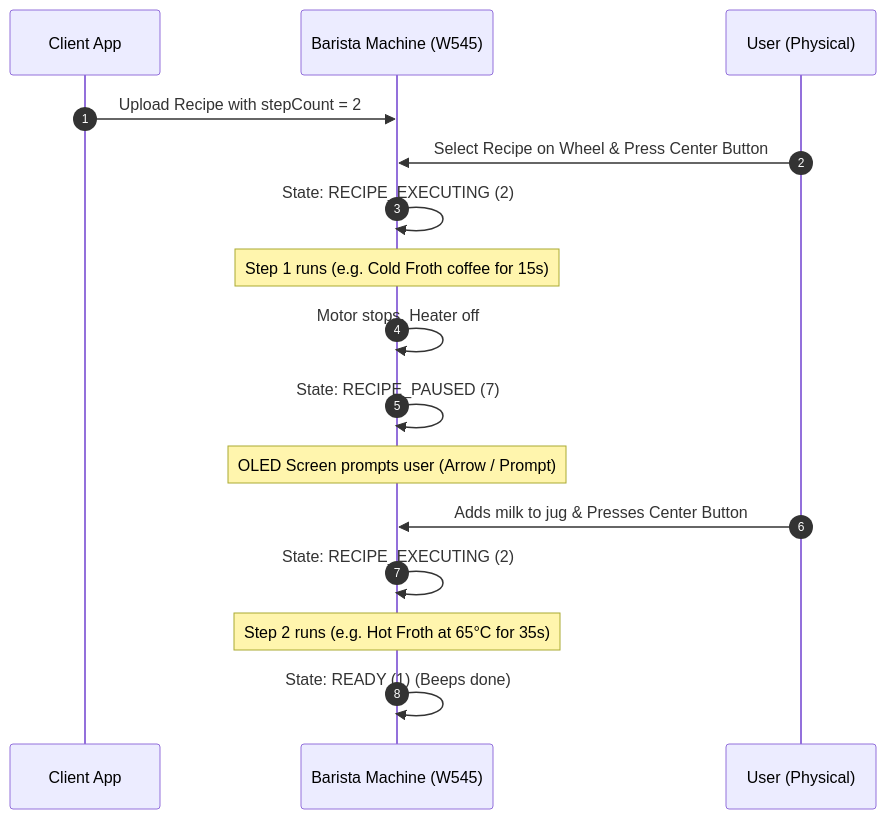
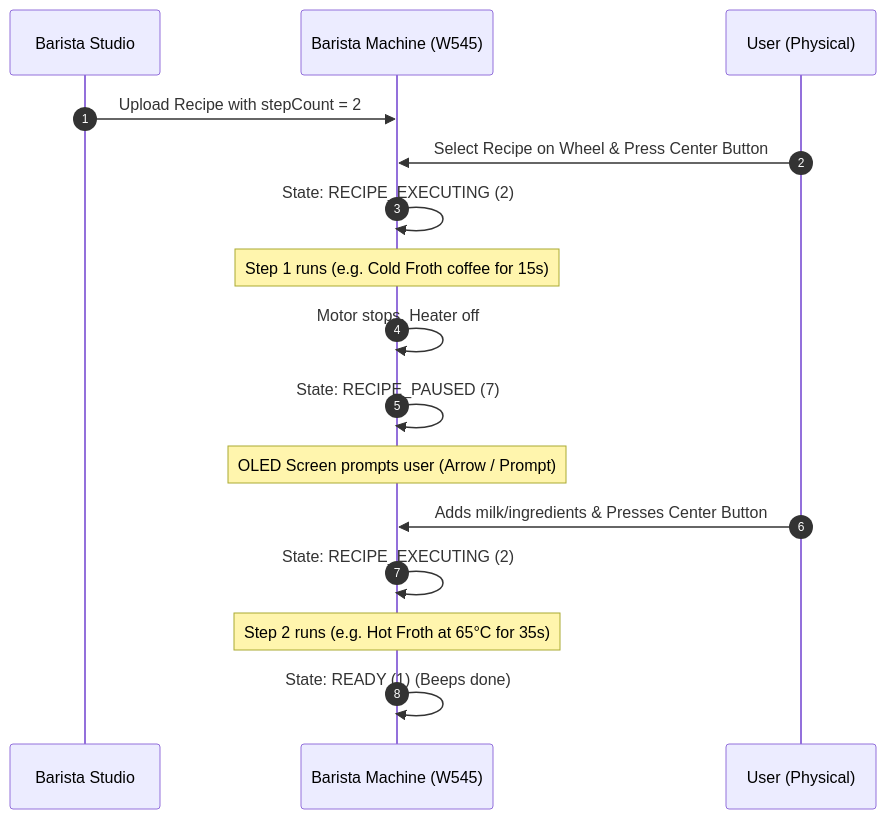
The diagram in README.md (Rosselman/barista-studio), drawn with Mermaid before and after one commit. The commit also changed other lines of this file, not shown here.

````diff
--- a/README.md
+++ b/README.md
@@ -90,19 +202,19 @@
 ```mermaid
 sequenceDiagram
     autonumber
-    participant App as Client App
+    participant App as Barista Studio
     participant Barista as Barista Machine (W545)
     participant User as User (Physical)
 
     App->>Barista: Upload Recipe with stepCount = 2
     User->>Barista: Select Recipe on Wheel & Press Center Button
     Barista->>Barista: State: RECIPE_EXECUTING (2)
     Note over Barista: Step 1 runs (e.g. Cold Froth coffee for 15s)
     Barista->>Barista: Motor stops, Heater off
     Barista->>Barista: State: RECIPE_PAUSED (7)
     Note over Barista: OLED Screen prompts user (Arrow / Prompt)
-    User->>Barista: Adds milk to jug & Presses Center Button
+    User->>Barista: Adds milk/ingredients & Presses Center Button
     Barista->>Barista: State: RECIPE_EXECUTING (2)
     Note over Barista: Step 2 runs (e.g. Hot Froth at 65°C for 35s)
     Barista->>Barista: State: READY (1) (Beeps done)
 ```
````
